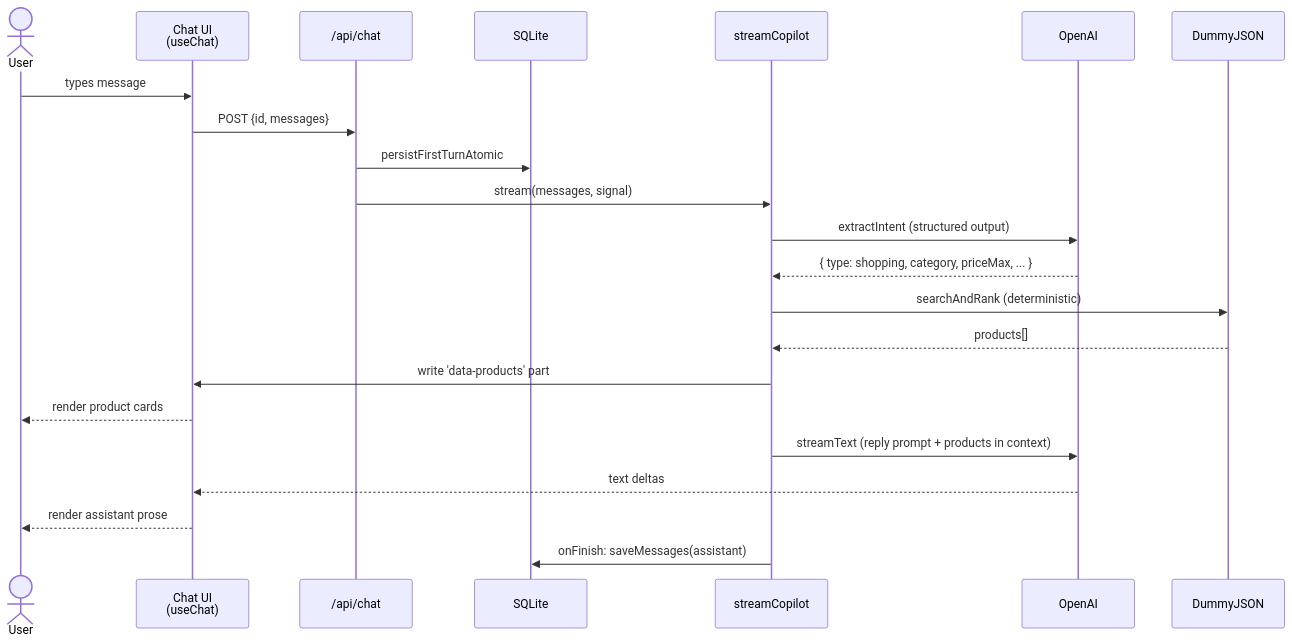
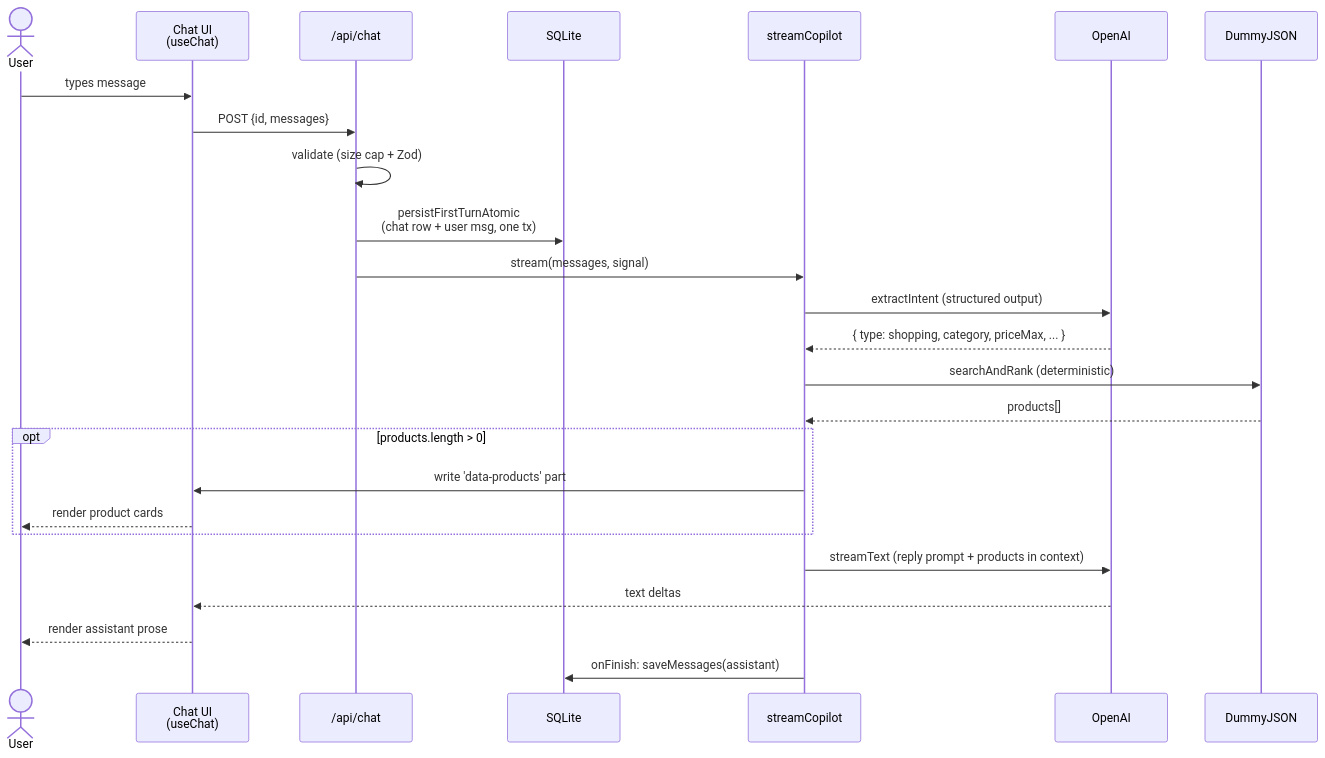
One commit to vnovick/ai-shopping-copilot changed the second of 2 diagrams in README.md. Above: the diagram before and after it, drawn with Mermaid. The commit also changed other lines of this file, not shown here.

Commit message:
chore: update Diagram in Readme.md

````diff
--- a/README.md
+++ b/README.md
@@ -77,25 +78,28 @@
 ```mermaid
 sequenceDiagram
     actor U as User
     participant FE as Chat UI<br/>(useChat)
     participant API as /api/chat
     participant DB as SQLite
     participant ORC as streamCopilot
     participant LLM as OpenAI
     participant DJ as DummyJSON
 
     U->>FE: types message
     FE->>API: POST {id, messages}
-    API->>DB: persistFirstTurnAtomic
+    API->>API: validate (size cap + Zod)
+    API->>DB: persistFirstTurnAtomic<br/>(chat row + user msg, one tx)
     API->>ORC: stream(messages, signal)
     ORC->>LLM: extractIntent (structured output)
     LLM-->>ORC: { type: shopping, category, priceMax, ... }
     ORC->>DJ: searchAndRank (deterministic)
     DJ-->>ORC: products[]
-    ORC->>FE: write 'data-products' part
-    FE-->>U: render product cards
+    opt products.length > 0
+        ORC->>FE: write 'data-products' part
+        FE-->>U: render product cards
+    end
     ORC->>LLM: streamText (reply prompt + products in context)
     LLM-->>FE: text deltas
     FE-->>U: render assistant prose
     ORC->>DB: onFinish: saveMessages(assistant)
 ```
````
